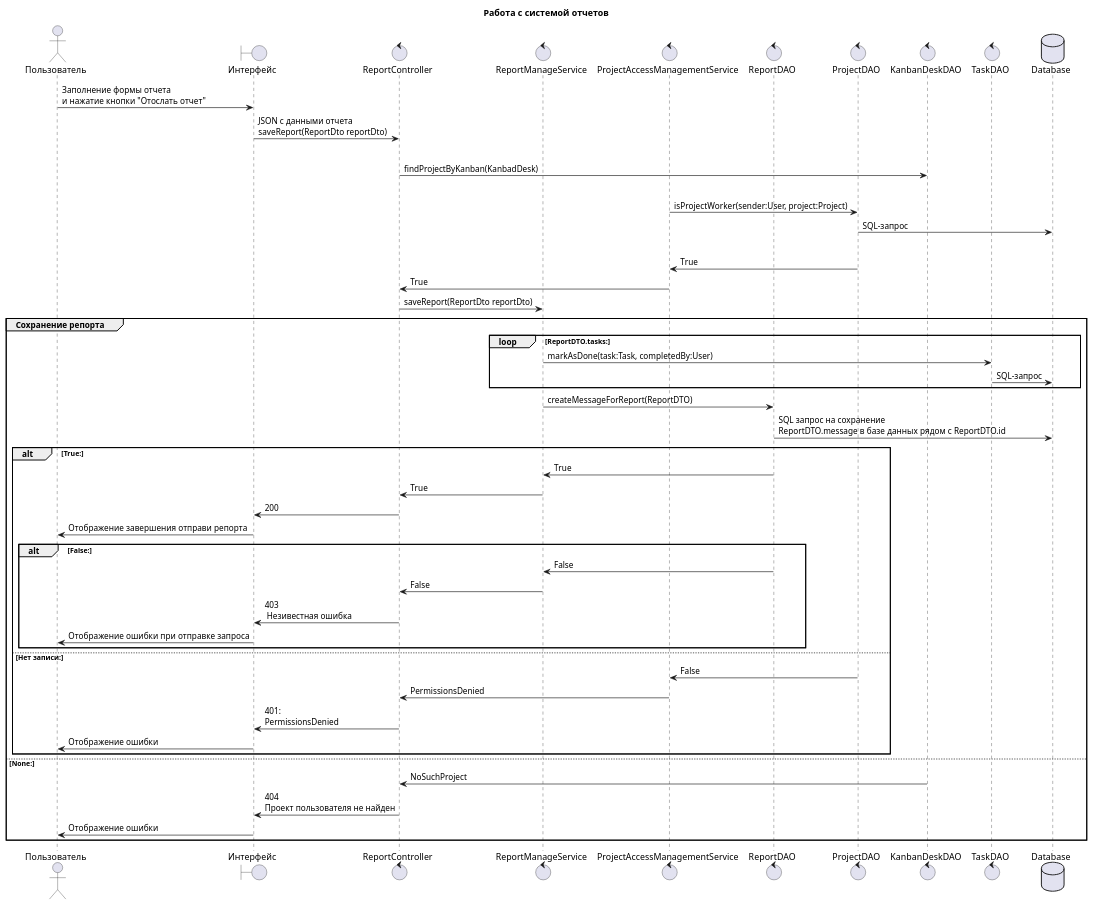
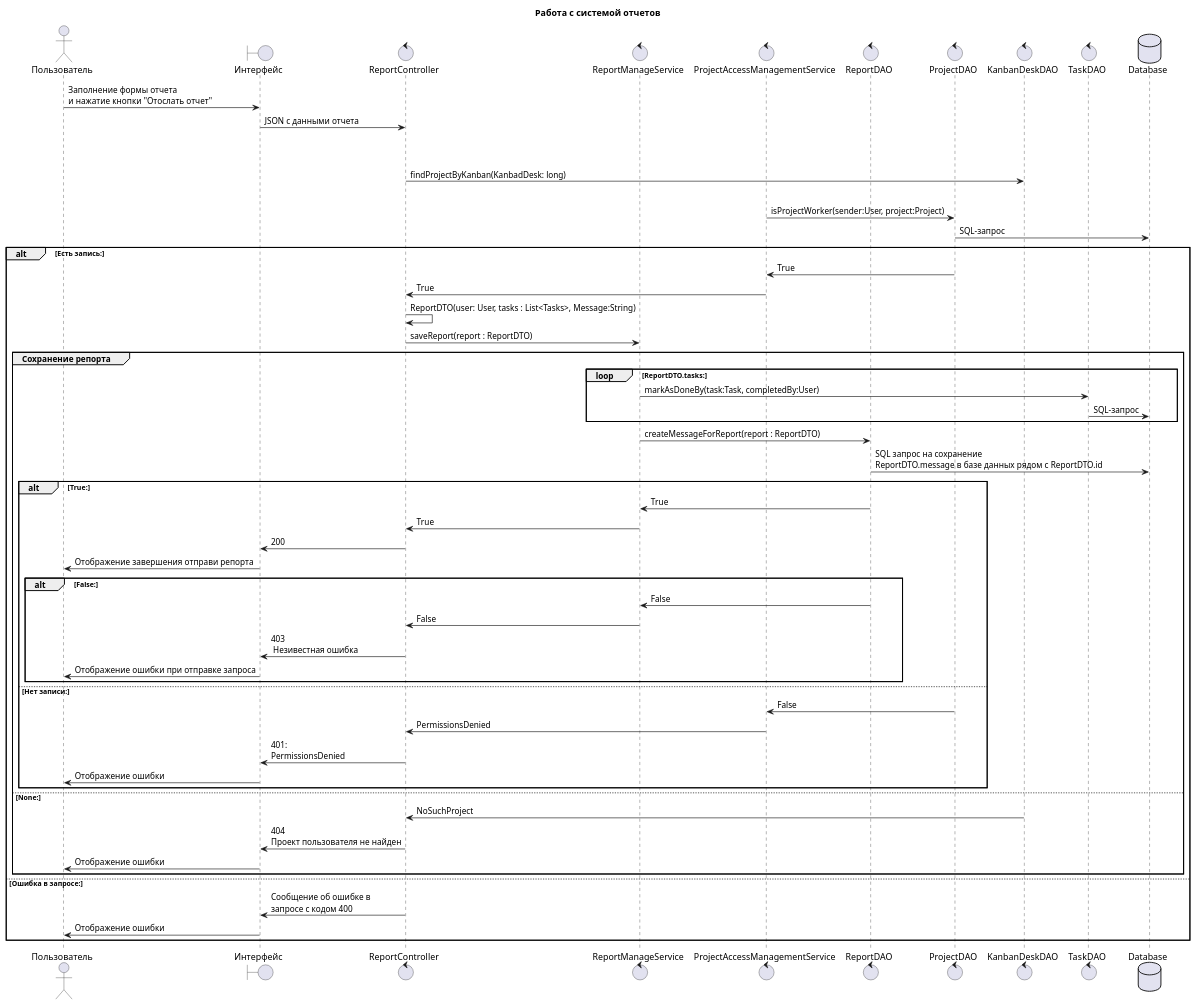
One commit to penamarth/bsbo-02-21_team_var7_erp changed the diagram in UML diagrams/Sequence diagrams/manage-reports-sequence.wsd. Above: the diagram before and after it, drawn with PlantUML. The commit also changed 2 other files, not shown here.

```diff
--- a/UML diagrams/Sequence diagrams/manage-reports-sequence.wsd
+++ b/UML diagrams/Sequence diagrams/manage-reports-sequence.wsd
@@ -1,67 +1,70 @@
 @startuml sequence
 title Работа с системой отчетов
 
 actor Пользователь as user
 
 boundary "Интерфейс" as site
 
 control ReportController as rcont
 control ReportManageService as rmserv
 control ProjectAccessManagementService as amserv
 
 control ReportDAO as rdao
 control ProjectDAO as pdao
 control KanbanDeskDAO as kdao
 
 control TaskDAO as tdao
 database Database as db
 
 user -> site : Заполнение формы отчета\nи нажатие кнопки "Отослать отчет"
-site -> rcont : JSON с данными отчета \nsaveReport(ReportDto reportDto)
+site -> rcont : JSON с данными отчета 
 
+alt Запрос верный
+    group Проверка доступа
+        rcont -> kdao : findProjectByKanban(KanbadDesk: long)
+        alt Project:
 
-group Проверка доступа
-    rcont -> kdao : findProjectByKanban(KanbadDesk)
-    alt Project:
+            amserv -> pdao : isProjectWorker(sender:User, project:Project)
+            pdao -> db : SQL-запрос
+            alt Есть запись:
+                amserv <- pdao : True
+                rcont <- amserv : True
+                rcont -> rcont : ReportDTO(user: User, tasks : List<Tasks>, Message:String)
+                rcont -> rmserv : saveReport(report : ReportDTO)
+                group Сохранение репорта
+                    loop ReportDTO.tasks:
+                        rmserv -> tdao : markAsDoneBy(task:Task, completedBy:User)
+                        tdao -> db : SQL-запрос
+                    end
+                    rmserv -> rdao : createMessageForReport(report : ReportDTO)
+                    rdao -> db : SQL запрос на сохранение\nReportDTO.message в базе данных рядом с ReportDTO.id
+                    alt True:
+                        rmserv <- rdao : True
+                        rcont <- rmserv : True
+                        site <- rcont : 200
+                        user <- site : Отображение завершения отправи репорта
+                    alt False:
+                        rmserv <- rdao : False
+                        rcont <- rmserv : False
+                        site <- rcont : 403\n Незивестная ошибка
+                        user <- site : Отображение ошибки при отправке запроса
+                end
+            else Нет записи:
+                amserv <- pdao : False
+                rcont <- amserv : PermissionsDenied
+                site <- rcont : 401:\nPermissionsDenied
+                user <- site : Отображение ошибки
+            end
+        else None:
+            rcont <- kdao : NoSuchProject
+            site <- rcont : 404\nПроект пользователя не найден
+            user <- site : Отображение ошибки
 
-        amserv -> pdao : isProjectWorker(sender:User, project:Project)
-        pdao -> db : SQL-запрос
-        alt Есть запись:
-            amserv <- pdao : True
-            rcont <- amserv : True
-            rcont -> rmserv : saveReport(ReportDto reportDto)
-            group Сохранение репорта
-                loop ReportDTO.tasks:
-                    rmserv -> tdao : markAsDone(task:Task, completedBy:User)
-                    tdao -> db : SQL-запрос
-                end
-                rmserv -> rdao : createMessageForReport(ReportDTO)
-                rdao -> db : SQL запрос на сохранение\nReportDTO.message в базе данных рядом с ReportDTO.id
-                alt True:
-                    rmserv <- rdao : True
-                    rcont <- rmserv : True
-                    site <- rcont : 200
-                    user <- site : Отображение завершения отправи репорта
-                alt False:
-                    rmserv <- rdao : False
-                    rcont <- rmserv : False
-                    site <- rcont : 403\n Незивестная ошибка
-                    user <- site : Отображение ошибки при отправке запроса
-            end
-        else Нет записи:
-            amserv <- pdao : False
-            rcont <- amserv : PermissionsDenied
-            site <- rcont : 401:\nPermissionsDenied
-            user <- site : Отображение ошибки
-        end
-    else None:
-        rcont <- kdao : NoSuchProject
-        site <- rcont : 404\nПроект пользователя не найден
-        user <- site : Отображение ошибки
-
+    end
+else Ошибка в запросе:
+    rcont -> site : Сообщение об ошибке в\nзапросе с кодом 400
+    user <- site : Отображение ошибки
 end
 
 
-
-
 @enduml
```
